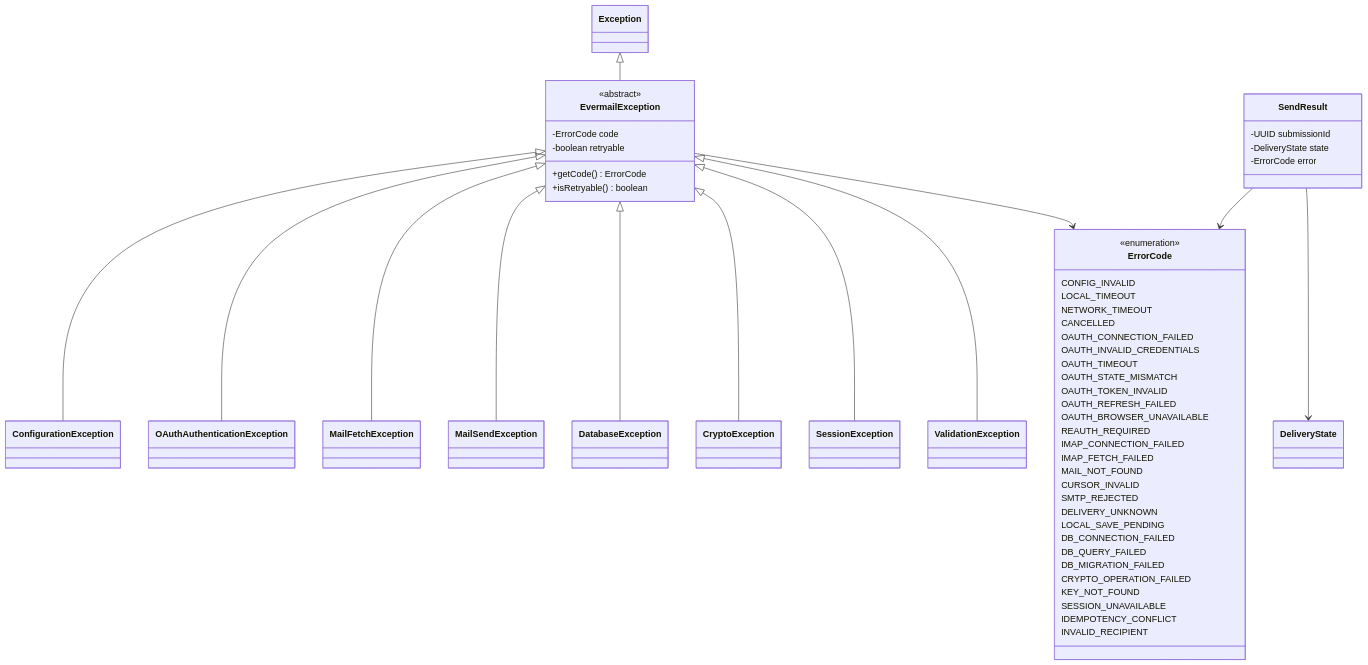
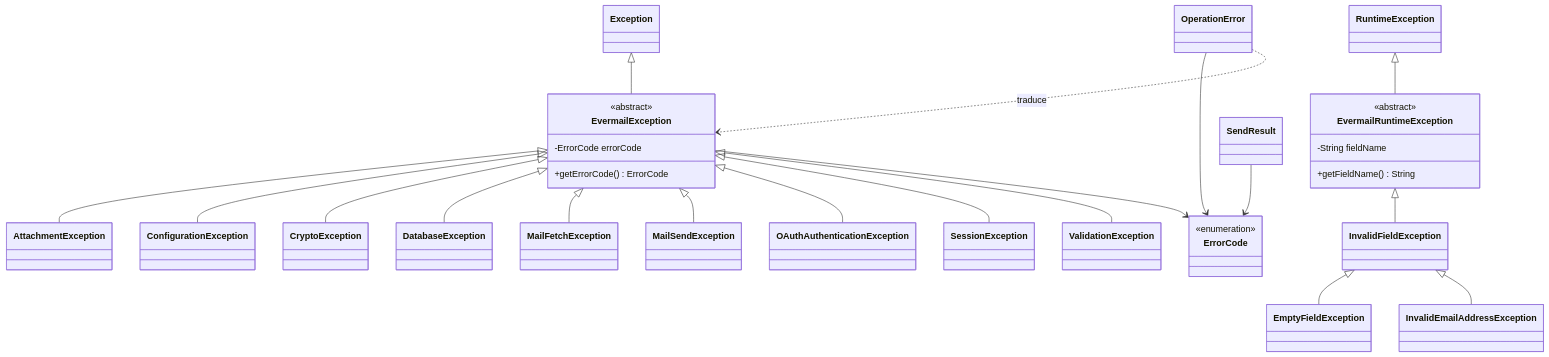
One commit to JuanPablo72000/evermail changed the diagram in docs/arquitectura/diagramas/uml-exception.md. Above: the diagram before and after it, drawn with Mermaid. The commit also changed other lines of this file and 25 other files, not shown here.

````diff
--- a/docs/arquitectura/diagramas/uml-exception.md
+++ b/docs/arquitectura/diagramas/uml-exception.md
@@ -5,81 +5,34 @@
 ```mermaid
 classDiagram
+    class EvermailException {
+        <<abstract>>
+        -ErrorCode errorCode
+        +getErrorCode() ErrorCode
+    }
+    class EvermailRuntimeException {
+        <<abstract>>
+        -String fieldName
+        +getFieldName() String
+    }
     class ErrorCode {
         <<enumeration>>
-        CONFIG_INVALID
-        LOCAL_TIMEOUT
-        NETWORK_TIMEOUT
-        CANCELLED
-        OAUTH_CONNECTION_FAILED
-        OAUTH_INVALID_CREDENTIALS
-        OAUTH_TIMEOUT
-        OAUTH_STATE_MISMATCH
-        OAUTH_TOKEN_INVALID
-        OAUTH_REFRESH_FAILED
-        OAUTH_BROWSER_UNAVAILABLE
-        REAUTH_REQUIRED
-        IMAP_CONNECTION_FAILED
-        IMAP_FETCH_FAILED
-        MAIL_NOT_FOUND
-        CURSOR_INVALID
-        SMTP_REJECTED
-        DELIVERY_UNKNOWN
-        LOCAL_SAVE_PENDING
-        DB_CONNECTION_FAILED
-        DB_QUERY_FAILED
-        DB_MIGRATION_FAILED
-        CRYPTO_OPERATION_FAILED
-        KEY_NOT_FOUND
-        SESSION_UNAVAILABLE
-        IDEMPOTENCY_CONFLICT
-        INVALID_RECIPIENT
     }
-    class EvermailException {
-        <<abstract>>
-        -ErrorCode code
-        -boolean retryable
-        +getCode() ErrorCode
-        +isRetryable() boolean
-    }
-    class ConfigurationException {
-
-    }
-    class OAuthAuthenticationException {
-
-    }
-    class MailFetchException {
-
-    }
-    class MailSendException {
-
-    }
-    class DatabaseException {
-
-    }
-    class CryptoException {
-
-    }
-    class SessionException {
-
-    }
-    class ValidationException {
-
-    }
-    class SendResult {
-        -UUID submissionId
-        -DeliveryState state
-        -ErrorCode error
-    }
+    EvermailException <|-- AttachmentException
+    EvermailException <|-- ConfigurationException
+    EvermailException <|-- CryptoException
+    EvermailException <|-- DatabaseException
+    InvalidFieldException <|-- EmptyFieldException
     Exception <|-- EvermailException
-    EvermailException <|-- ConfigurationException
-    EvermailException <|-- OAuthAuthenticationException
+    RuntimeException <|-- EvermailRuntimeException
+    InvalidFieldException <|-- InvalidEmailAddressException
+    EvermailRuntimeException <|-- InvalidFieldException
     EvermailException <|-- MailFetchException
     EvermailException <|-- MailSendException
-    EvermailException <|-- DatabaseException
-    EvermailException <|-- CryptoException
+    EvermailException <|-- OAuthAuthenticationException
     EvermailException <|-- SessionException
     EvermailException <|-- ValidationException
     EvermailException --> ErrorCode
+    OperationError --> ErrorCode
+    OperationError ..> EvermailException : traduce
     SendResult --> ErrorCode
-    SendResult --> DeliveryState
 ```
````
